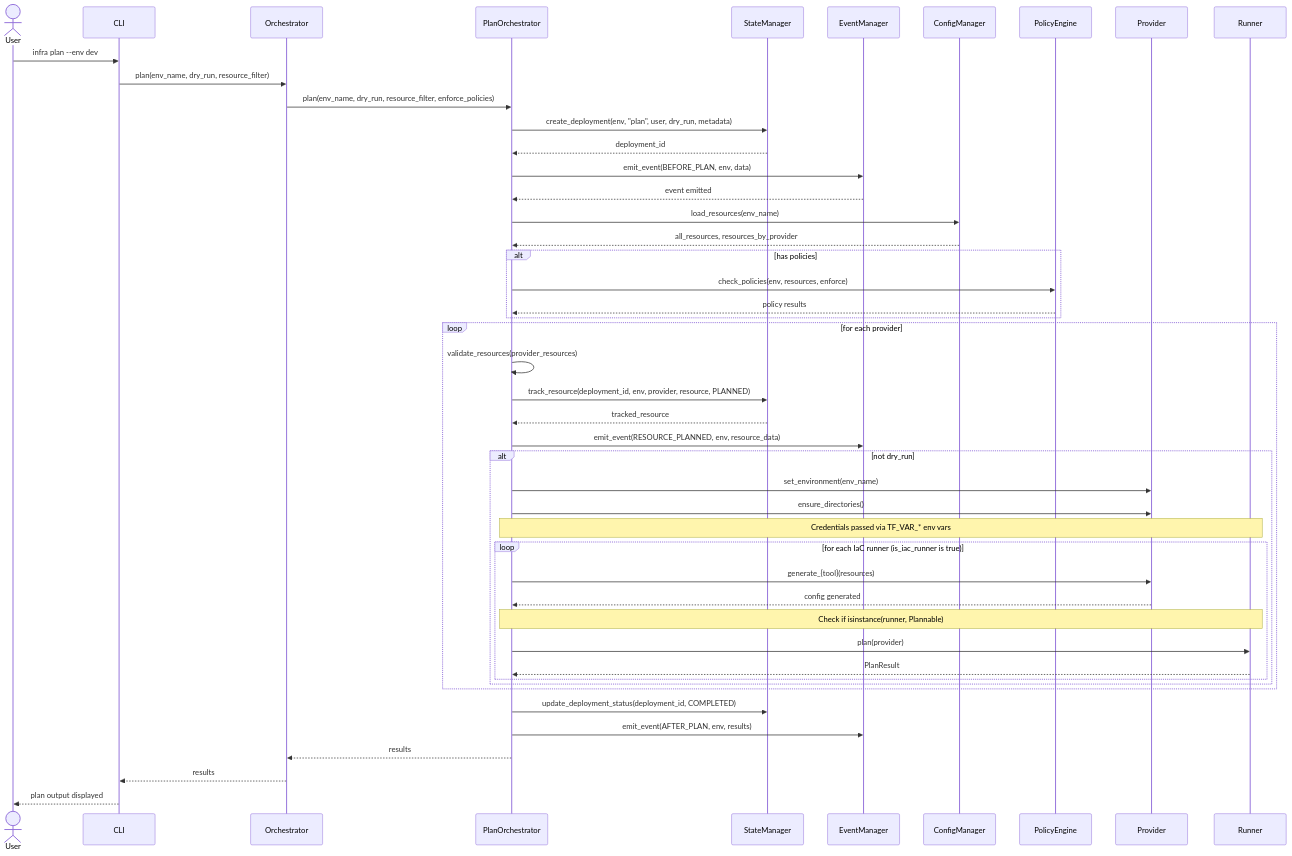
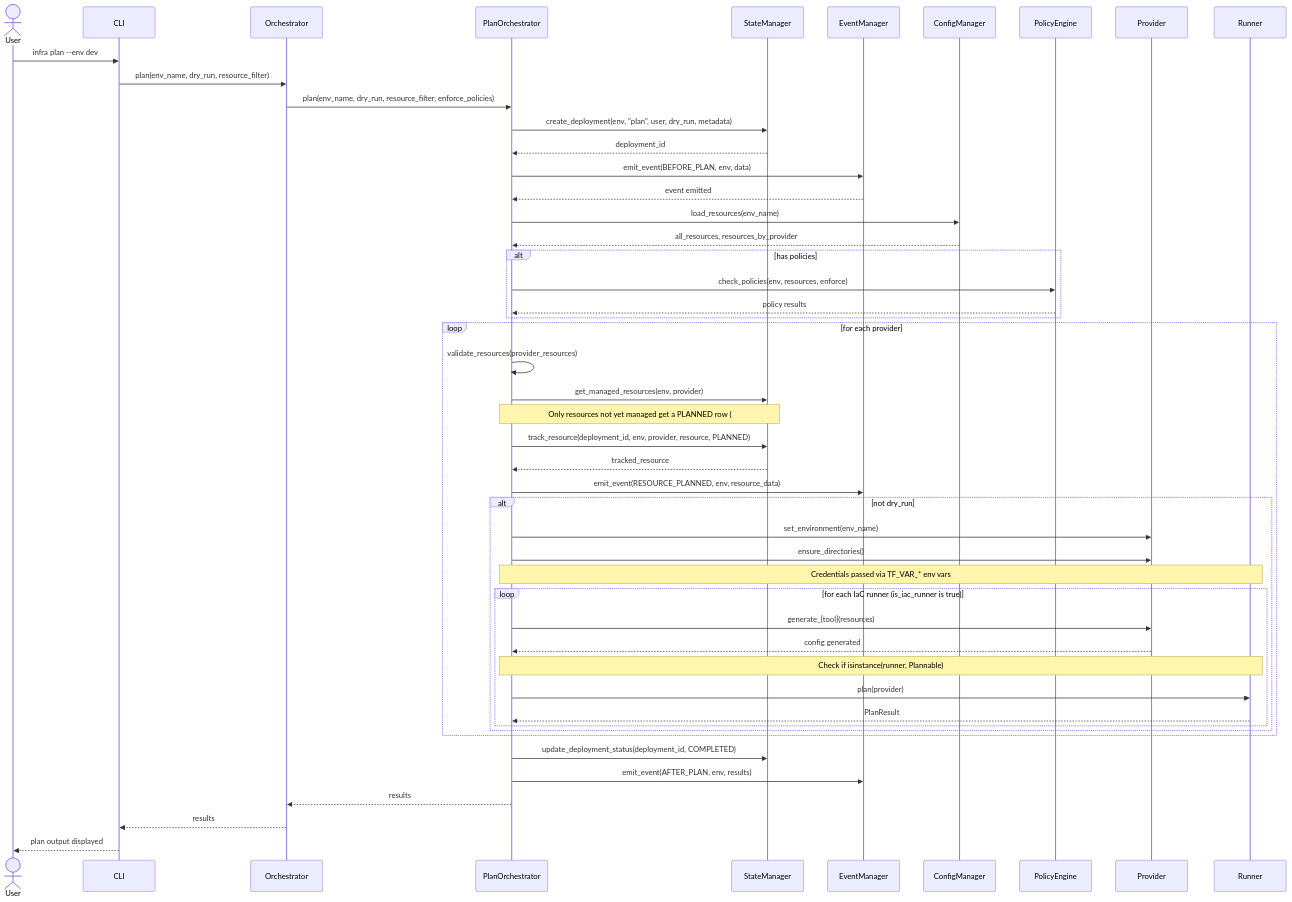
The first of 3 diagrams in docs/architecture/orchestrator-architecture.md (endavis/infrafoundry), drawn with Mermaid before and after one commit. The commit also changed 3 other files, not shown here.

First line of the commit message:
fix: plan records only resources that are not yet deployed (merges PR #1421, addresses #1417)

````diff
--- a/docs/architecture/orchestrator-architecture.md
+++ b/docs/architecture/orchestrator-architecture.md
@@ -66,63 +66,65 @@
 ```mermaid
 sequenceDiagram
     actor User
     participant CLI
     participant Orchestrator
     participant PlanOrchestrator
     participant StateManager
     participant EventManager
     participant ConfigManager
     participant PolicyEngine
     participant Provider
     participant Runner
 
     User->>CLI: infra plan --env dev
     CLI->>Orchestrator: plan(env_name, dry_run, resource_filter)
     Orchestrator->>PlanOrchestrator: plan(env_name, dry_run, resource_filter, enforce_policies)
 
     PlanOrchestrator->>StateManager: create_deployment(env, "plan", user, dry_run, metadata)
     StateManager-->>PlanOrchestrator: deployment_id
 
     PlanOrchestrator->>EventManager: emit_event(BEFORE_PLAN, env, data)
     EventManager-->>PlanOrchestrator: event emitted
 
     PlanOrchestrator->>ConfigManager: load_resources(env_name)
     ConfigManager-->>PlanOrchestrator: all_resources, resources_by_provider
 
     alt has policies
         PlanOrchestrator->>PolicyEngine: check_policies(env, resources, enforce)
         PolicyEngine-->>PlanOrchestrator: policy results
     end
 
     loop for each provider
         PlanOrchestrator->>PlanOrchestrator: validate_resources(provider_resources)
 
+        PlanOrchestrator->>StateManager: get_managed_resources(env, provider)
+        Note over PlanOrchestrator,StateManager: Only resources not yet managed get a PLANNED row (#1417)
         PlanOrchestrator->>StateManager: track_resource(deployment_id, env, provider, resource, PLANNED)
         StateManager-->>PlanOrchestrator: tracked_resource
 
         PlanOrchestrator->>EventManager: emit_event(RESOURCE_PLANNED, env, resource_data)
 
         alt not dry_run
             PlanOrchestrator->>Provider: set_environment(env_name)
             PlanOrchestrator->>Provider: ensure_directories()
 
             Note over PlanOrchestrator,Runner: Credentials passed via TF_VAR_* env vars
 
             loop for each IaC runner (is_iac_runner is true)
                 PlanOrchestrator->>Provider: generate_{tool}(resources)
                 Provider-->>PlanOrchestrator: config generated
 
                 Note over PlanOrchestrator,Runner: Check if isinstance(runner, Plannable)
                 PlanOrchestrator->>Runner: plan(provider)
                 Runner-->>PlanOrchestrator: PlanResult
             end
         end
     end
 
     PlanOrchestrator->>StateManager: update_deployment_status(deployment_id, COMPLETED)
     PlanOrchestrator->>EventManager: emit_event(AFTER_PLAN, env, results)
 
     PlanOrchestrator-->>Orchestrator: results
     Orchestrator-->>CLI: results
     CLI-->>User: plan output displayed
 ```
````
